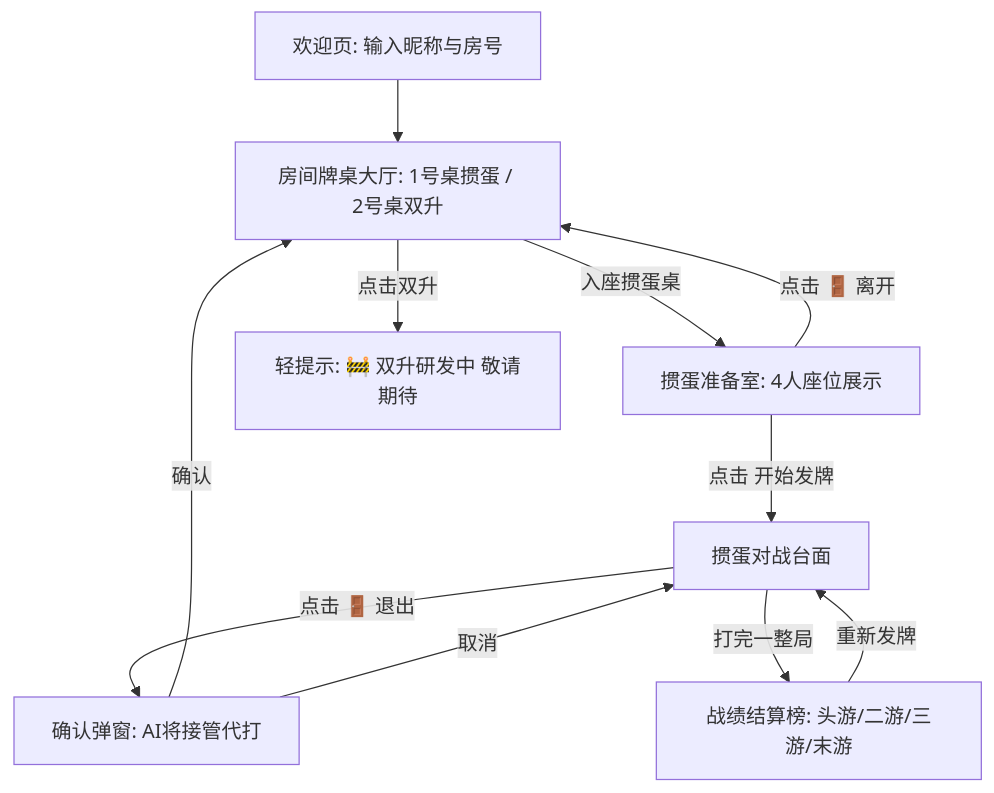
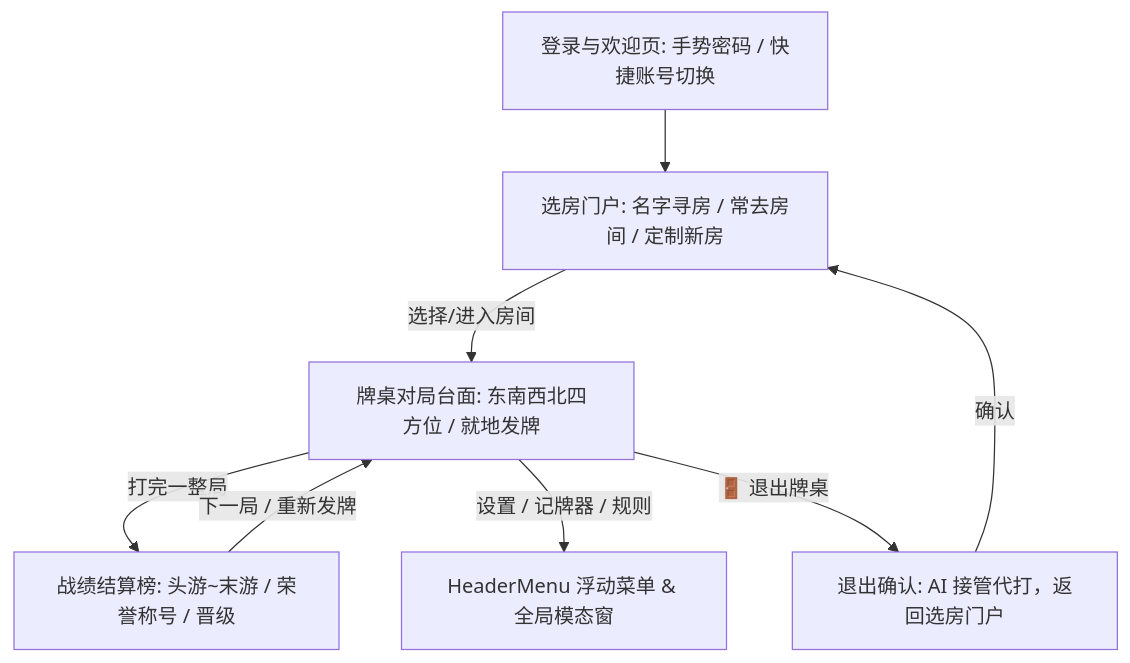
The diagram in PRODUCT.md (walk4rever/Gameday), drawn with Mermaid before and after one commit. The commit also changed other lines of this file and 6 other files, not shown here.

Commit message:
docs: 更新产品全景规范、路线图与 README 并修复 TS 严格类型

````diff
--- a/PRODUCT.md
+++ b/PRODUCT.md
@@ -63,13 +63,10 @@
 ```mermaid
 graph TD
-    A[欢迎页: 输入昵称与房号] --> B[房间牌桌大厅: 1号桌掼蛋 / 2号桌双升]
-    B -->|入座掼蛋桌| C[掼蛋准备室: 4人座位展示]
-    B -->|点击双升| D[轻提示: 🚧 双升研发中 敬请期待]
-    C -->|点击 🚪 离开| B
-    C -->|点击 开始发牌| E[掼蛋对战台面]
-    E -->|点击 🚪 退出| F[确认弹窗: AI将接管代打]
-    F -->|确认| B
-    F -->|取消| E
-    E -->|打完一整局| G[战绩结算榜: 头游/二游/三游/末游]
-    G -->|重新发牌| E
+    A["登录与欢迎页: 手势密码 / 快捷账号切换"] --> B["选房门户: 名字寻房 / 常去房间 / 定制新房"]
+    B -->|"选择/进入房间"| C["牌桌对局台面: 东南西北四方位 / 就地发牌"]
+    C -->|"打完一整局"| D["战绩结算榜: 头游~末游 / 荣誉称号 / 晋级"]
+    D -->|"下一局 / 重新发牌"| C
+    C -->|"设置 / 记牌器 / 规则"| E["HeaderMenu 浮动菜单 & 全局模态窗"]
+    C -->|"🚪 退出牌桌"| F["退出确认: AI 接管代打，返回选房门户"]
+    F -->|"确认"| B
 ```
````
